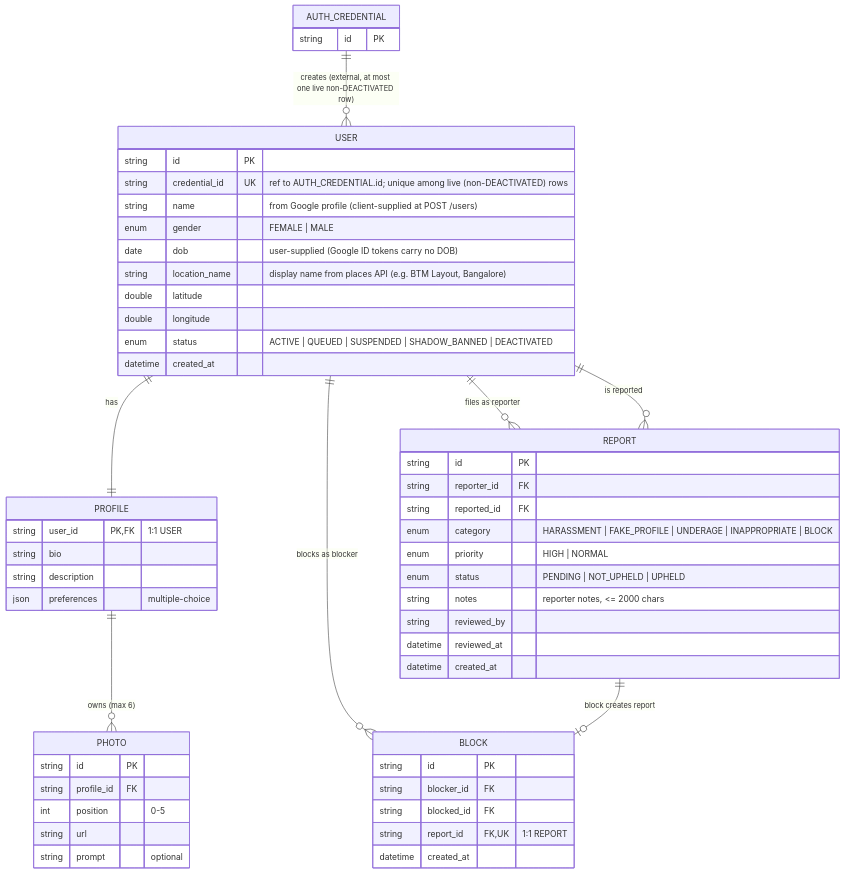
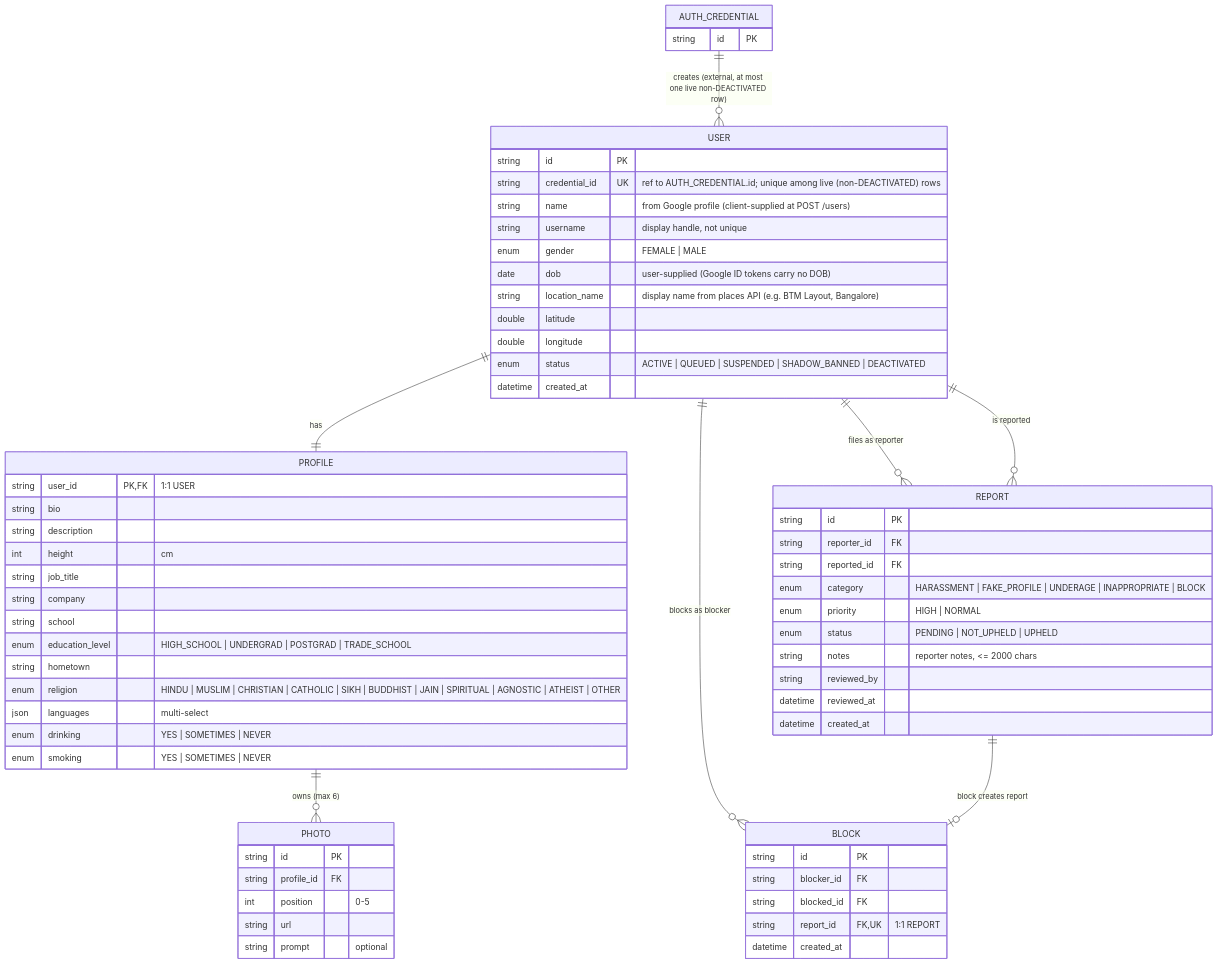
One commit to cheetah-org/fold-design changed the second of 8 diagrams in entities/er-diagram.md. Above: the diagram before and after it, drawn with Mermaid. The commit also changed other lines of this file and 7 other files, not shown here.

````diff
--- a/entities/er-diagram.md
+++ b/entities/er-diagram.md
@@ -222,62 +232,72 @@
 ```mermaid
 erDiagram
     %% Owned entities
     USER {
         string id PK
         string credential_id UK "ref to AUTH_CREDENTIAL.id; unique among live (non-DEACTIVATED) rows"
         string name "from Google profile (client-supplied at POST /users)"
+        string username "display handle, not unique"
         enum gender "FEMALE | MALE"
         date dob "user-supplied (Google ID tokens carry no DOB)"
         string location_name "display name from places API (e.g. BTM Layout, Bangalore)"
         double latitude
         double longitude
         enum status "ACTIVE | QUEUED | SUSPENDED | SHADOW_BANNED | DEACTIVATED"
         datetime created_at
     }
     PROFILE {
         string user_id PK, FK "1:1 USER"
         string bio
         string description
-        json preferences "multiple-choice"
+        int height "cm"
+        string job_title
+        string company
+        string school
+        enum education_level "HIGH_SCHOOL | UNDERGRAD | POSTGRAD | TRADE_SCHOOL"
+        string hometown
+        enum religion "HINDU | MUSLIM | CHRISTIAN | CATHOLIC | SIKH | BUDDHIST | JAIN | SPIRITUAL | AGNOSTIC | ATHEIST | OTHER"
+        json languages "multi-select"
+        enum drinking "YES | SOMETIMES | NEVER"
+        enum smoking "YES | SOMETIMES | NEVER"
     }
     PHOTO {
         string id PK
         string profile_id FK
         int position "0-5"
         string url
         string prompt "optional"
     }
     REPORT {
         string id PK
         string reporter_id FK
         string reported_id FK
         enum category "HARASSMENT | FAKE_PROFILE | UNDERAGE | INAPPROPRIATE | BLOCK"
         enum priority "HIGH | NORMAL"
         enum status "PENDING | NOT_UPHELD | UPHELD"
         string notes "reporter notes, <= 2000 chars"
         string reviewed_by
         datetime reviewed_at
         datetime created_at
     }
     BLOCK {
         string id PK
         string blocker_id FK
         string blocked_id FK
         string report_id FK, UK "1:1 REPORT"
         datetime created_at
     }
 
     %% External reference (owned by Auth Service)
     AUTH_CREDENTIAL {
         string id PK
     }
 
     %% Relationships
     AUTH_CREDENTIAL ||--o{ USER : "creates (external, at most one live non-DEACTIVATED row)"
     USER ||--|| PROFILE : "has"
     PROFILE ||--o{ PHOTO : "owns (max 6)"
     USER ||--o{ REPORT : "files as reporter"
     USER ||--o{ REPORT : "is reported"
     USER ||--o{ BLOCK : "blocks as blocker"
     REPORT ||--o| BLOCK : "block creates report"
 ```
````
